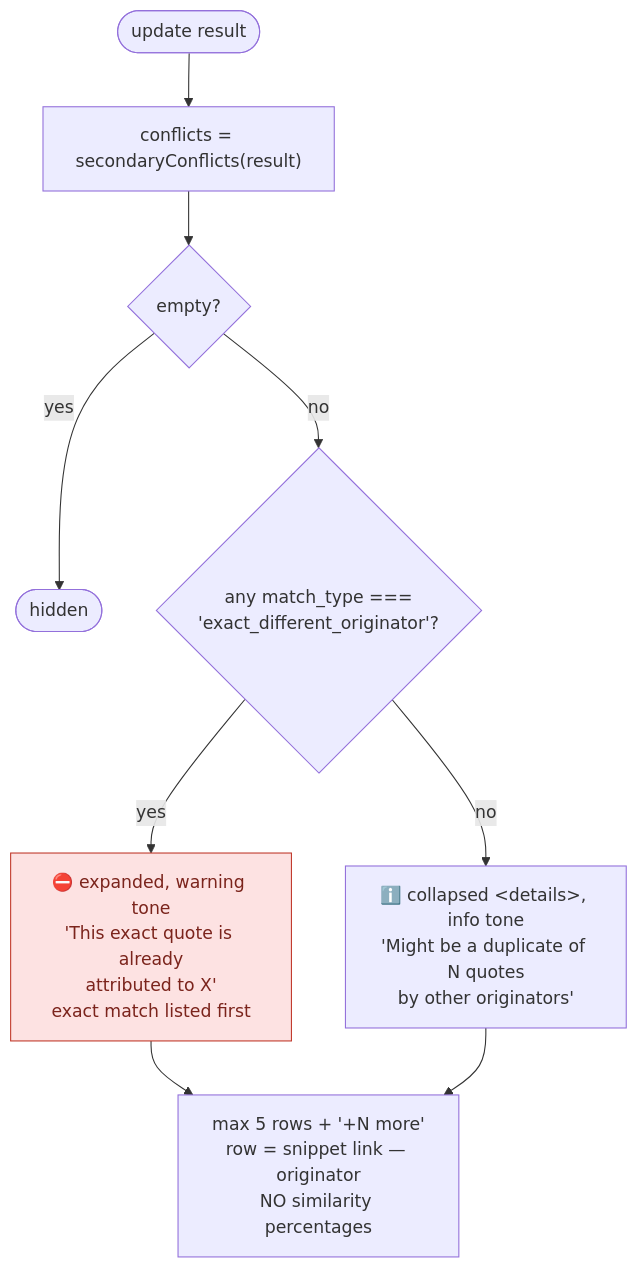
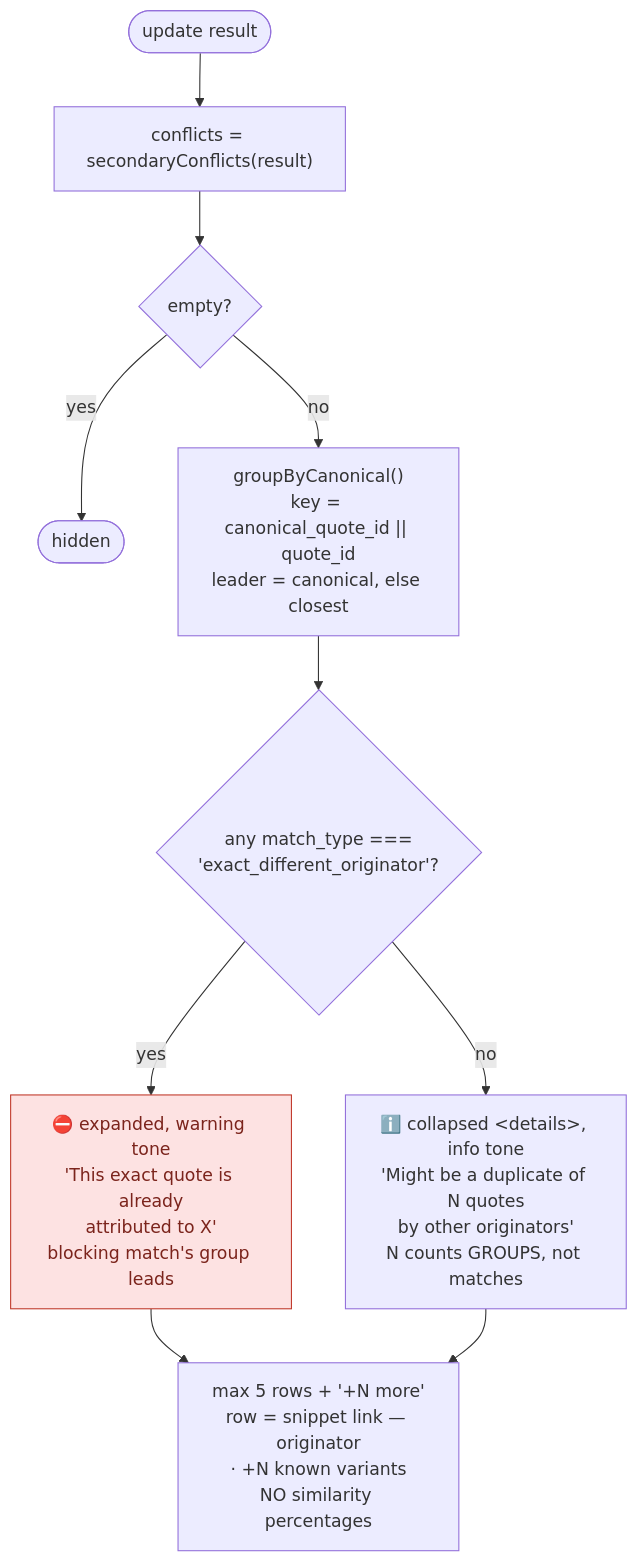
One commit to quotewise/quotewise-browser-extension changed the fifth of 6 diagrams in docs/status-and-badging-resolution.md. Above: the diagram before and after it, drawn with Mermaid. The commit also changed other lines of this file and 4 other files, not shown here.

First line of the commit message:
Collapse variant groups in the similar-quotes panel (ADR-0009 relation labels)

````diff
--- a/docs/status-and-badging-resolution.md
+++ b/docs/status-and-badging-resolution.md
@@ -213,13 +227,14 @@
 ```mermaid
 flowchart TD
     A([update result]) --> B["conflicts = secondaryConflicts(result)"]
-    B --> C{empty?}
+    B --> C{"empty?"}
     C -->|yes| H([hidden])
-    C -->|no| D{"any match_type ===<br/>'exact_different_originator'?"}
-    D -->|yes| E["⛔ expanded, warning tone<br/>'This exact quote is already<br/>attributed to X'<br/>exact match listed first"]
-    D -->|no| F["ℹ️ collapsed &lt;details&gt;, info tone<br/>'Might be a duplicate of N quotes<br/>by other originators'"]
-    E & F --> G["max 5 rows + '+N more'<br/>row = snippet link — originator<br/>NO similarity percentages"]
+    C -->|no| GR["groupByCanonical()<br/>key = canonical_quote_id || quote_id<br/>leader = canonical, else closest"]
+    GR --> D{"any match_type ===<br/>'exact_different_originator'?"}
+    D -->|yes| E["⛔ expanded, warning tone<br/>'This exact quote is already<br/>attributed to X'<br/>blocking match's group leads"]
+    D -->|no| F["ℹ️ collapsed &lt;details&gt;, info tone<br/>'Might be a duplicate of N quotes<br/>by other originators'<br/>N counts GROUPS, not matches"]
+    E & F --> G["max 5 rows + '+N more'<br/>row = snippet link — originator<br/>· +N known variants<br/>NO similarity percentages"]
 
     classDef danger fill:#fde2e2,stroke:#c0392b,color:#7b241c
     class E danger
 ```
````
